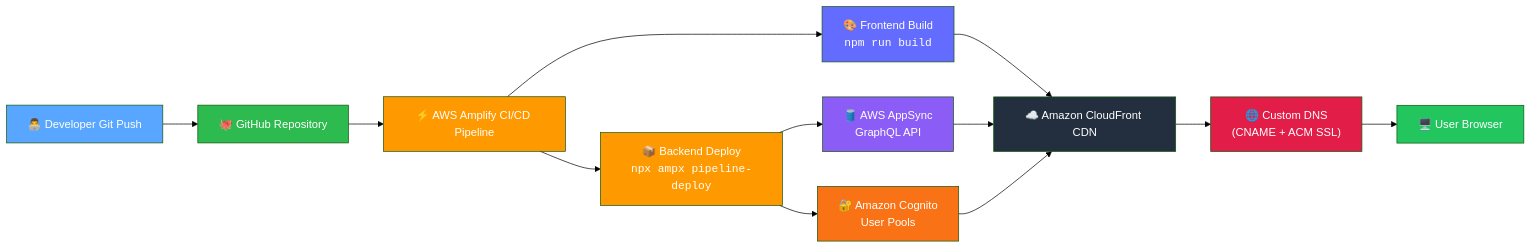
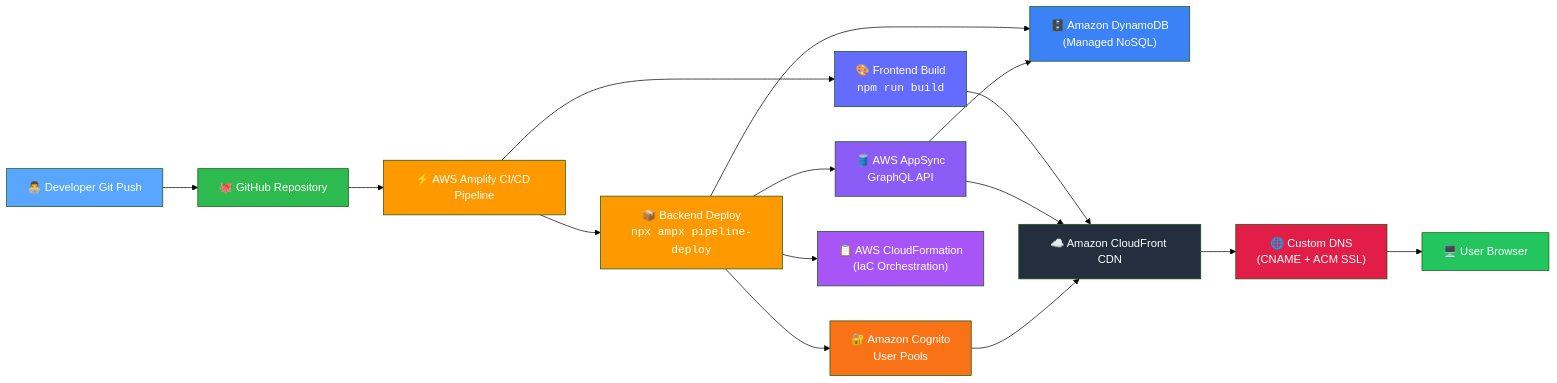
One commit to Ru-Dipity/Tennis-Score-Board changed the diagram in README.md. Above: the diagram before and after it, drawn with Mermaid (forest theme). The commit also changed other lines of this file, not shown here.

````diff
--- a/README.md
+++ b/README.md
@@ -25,25 +25,30 @@
 ```mermaid
 flowchart LR
     A["👨‍💻 Developer Git Push"] --> B["🐙 GitHub Repository"]
     B --> C["⚡ AWS Amplify CI/CD Pipeline"]
     C --> D["📦 Backend Deploy<br/><code>npx ampx pipeline-deploy</code>"]
     C --> E["🎨 Frontend Build<br/><code>npm run build</code>"]
     D --> F["🛢️ AWS AppSync<br/>GraphQL API"]
     D --> G["🔐 Amazon Cognito<br/>User Pools"]
+    D --> K["🗄️ Amazon DynamoDB<br/>(Managed NoSQL)"]
+    D --> L["📋 AWS CloudFormation<br/>(IaC Orchestration)"]
     E --> H["☁️ Amazon CloudFront CDN"]
     H --> I["🌐 Custom DNS<br/>(CNAME + ACM SSL)"]
     I --> J["🖥️ User Browser"]
+    F --> K
     F --> H
     G --> H
 
     style A fill:#58a6ff,color:#fff
     style B fill:#2dba4e,color:#fff
     style C fill:#ff9900,color:#fff
     style D fill:#ff9900,color:#fff
     style E fill:#646cff,color:#fff
     style F fill:#8b5cf6,color:#fff
     style G fill:#f97316,color:#fff
     style H fill:#232f3e,color:#fff
     style I fill:#e11d48,color:#fff
     style J fill:#22c55e,color:#fff
+    style K fill:#3b82f6,color:#fff
+    style L fill:#a855f7,color:#fff
 ```
````
